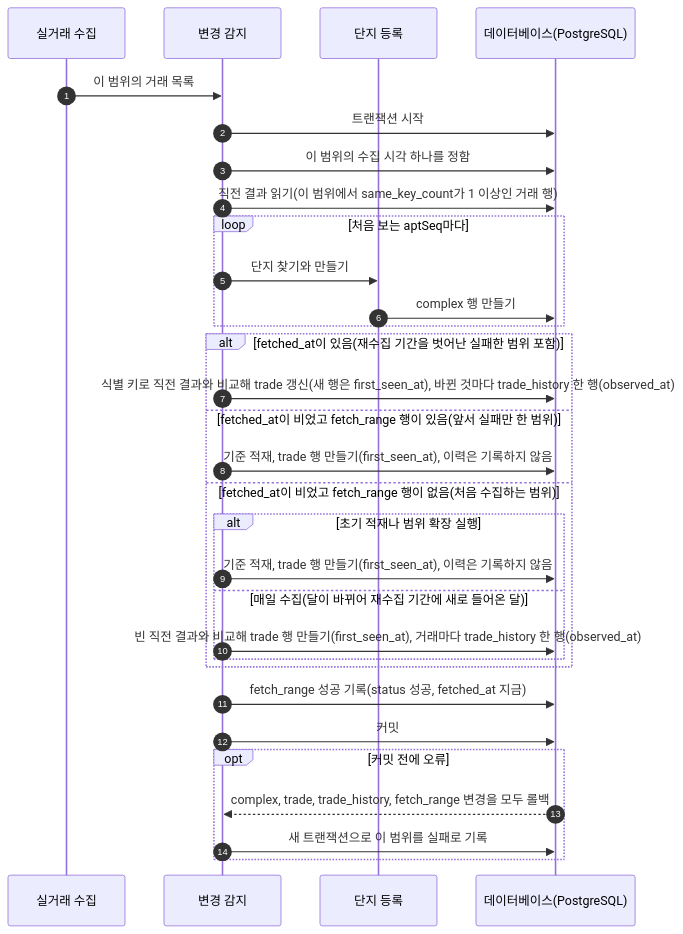
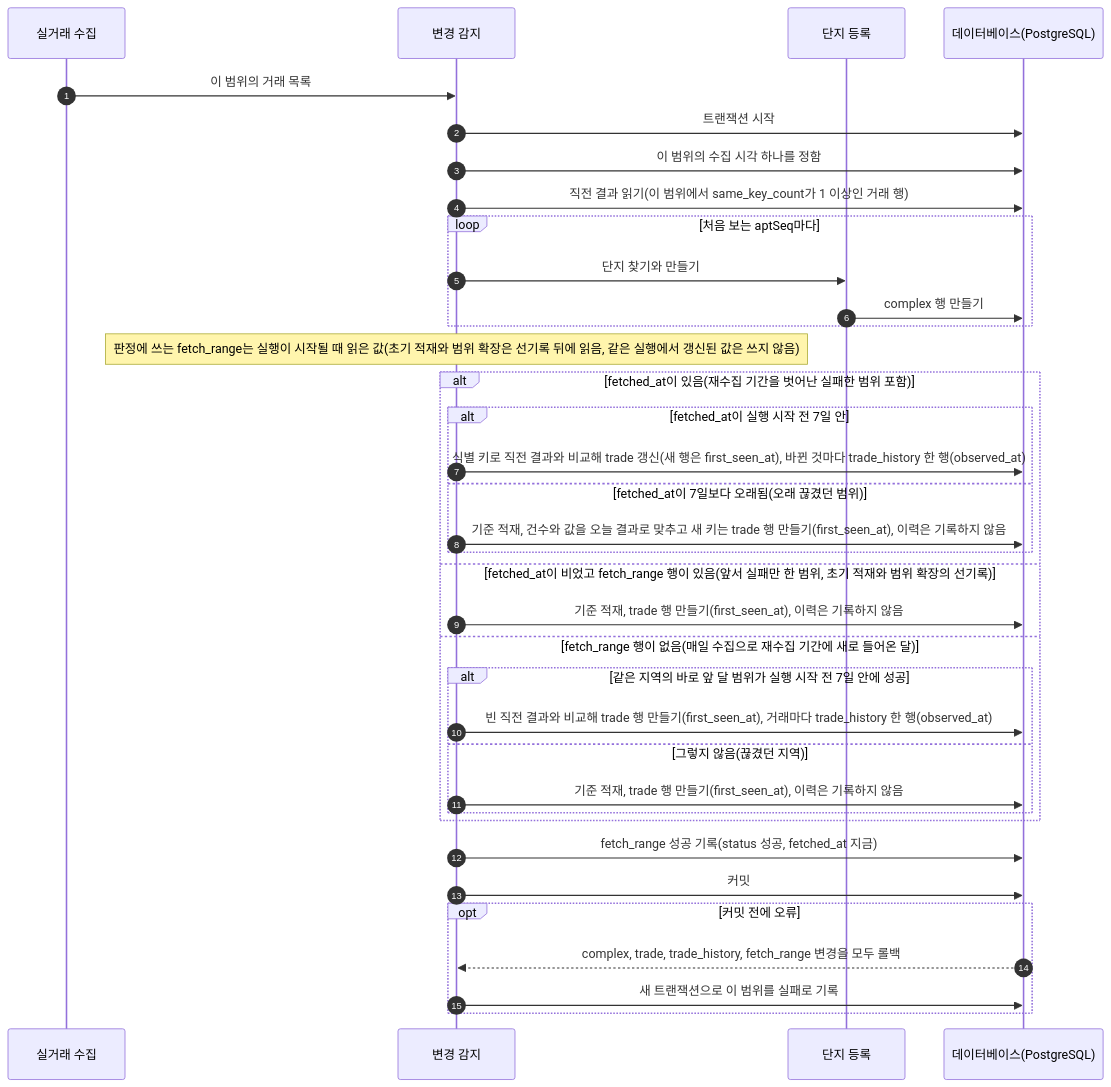
Before and after one commit to Park-Seung-Hun/real-estate: the second of 12 diagrams in docs/architecture/flows.md, drawn with Mermaid. The commit also changed other lines of this file and 4 other files, not shown here.

````diff
--- a/docs/architecture/flows.md
+++ b/docs/architecture/flows.md
@@ -88,34 +94,39 @@
 ```mermaid
 sequenceDiagram
   autonumber
   participant fetch as 실거래 수집
   participant detect as 변경 감지
   participant reg as 단지 등록
   participant db as 데이터베이스(PostgreSQL)
 
   fetch->>detect: 이 범위의 거래 목록
   detect->>db: 트랜잭션 시작
   detect->>db: 이 범위의 수집 시각 하나를 정함
   detect->>db: 직전 결과 읽기(이 범위에서 same_key_count가 1 이상인 거래 행)
   loop 처음 보는 aptSeq마다
     detect->>reg: 단지 찾기와 만들기
     reg->>db: complex 행 만들기
   end
+  Note over detect: 판정에 쓰는 fetch_range는 실행이 시작될 때 읽은 값(초기 적재와 범위 확장은 선기록 뒤에 읽음, 같은 실행에서 갱신된 값은 쓰지 않음)
   alt fetched_at이 있음(재수집 기간을 벗어난 실패한 범위 포함)
-    detect->>db: 식별 키로 직전 결과와 비교해 trade 갱신(새 행은 first_seen_at), 바뀐 것마다 trade_history 한 행(observed_at)
-  else fetched_at이 비었고 fetch_range 행이 있음(앞서 실패만 한 범위)
+    alt fetched_at이 실행 시작 전 7일 안
+      detect->>db: 식별 키로 직전 결과와 비교해 trade 갱신(새 행은 first_seen_at), 바뀐 것마다 trade_history 한 행(observed_at)
+    else fetched_at이 7일보다 오래됨(오래 끊겼던 범위)
+      detect->>db: 기준 적재, 건수와 값을 오늘 결과로 맞추고 새 키는 trade 행 만들기(first_seen_at), 이력은 기록하지 않음
+    end
+  else fetched_at이 비었고 fetch_range 행이 있음(앞서 실패만 한 범위, 초기 적재와 범위 확장의 선기록)
     detect->>db: 기준 적재, trade 행 만들기(first_seen_at), 이력은 기록하지 않음
-  else fetched_at이 비었고 fetch_range 행이 없음(처음 수집하는 범위)
-    alt 초기 적재나 범위 확장 실행
+  else fetch_range 행이 없음(매일 수집으로 재수집 기간에 새로 들어온 달)
+    alt 같은 지역의 바로 앞 달 범위가 실행 시작 전 7일 안에 성공
+      detect->>db: 빈 직전 결과와 비교해 trade 행 만들기(first_seen_at), 거래마다 trade_history 한 행(observed_at)
+    else 그렇지 않음(끊겼던 지역)
       detect->>db: 기준 적재, trade 행 만들기(first_seen_at), 이력은 기록하지 않음
-    else 매일 수집(달이 바뀌어 재수집 기간에 새로 들어온 달)
-      detect->>db: 빈 직전 결과와 비교해 trade 행 만들기(first_seen_at), 거래마다 trade_history 한 행(observed_at)
     end
   end
   detect->>db: fetch_range 성공 기록(status 성공, fetched_at 지금)
   detect->>db: 커밋
   opt 커밋 전에 오류
     db-->>detect: complex, trade, trade_history, fetch_range 변경을 모두 롤백
     detect->>db: 새 트랜잭션으로 이 범위를 실패로 기록
   end
 ```
````
